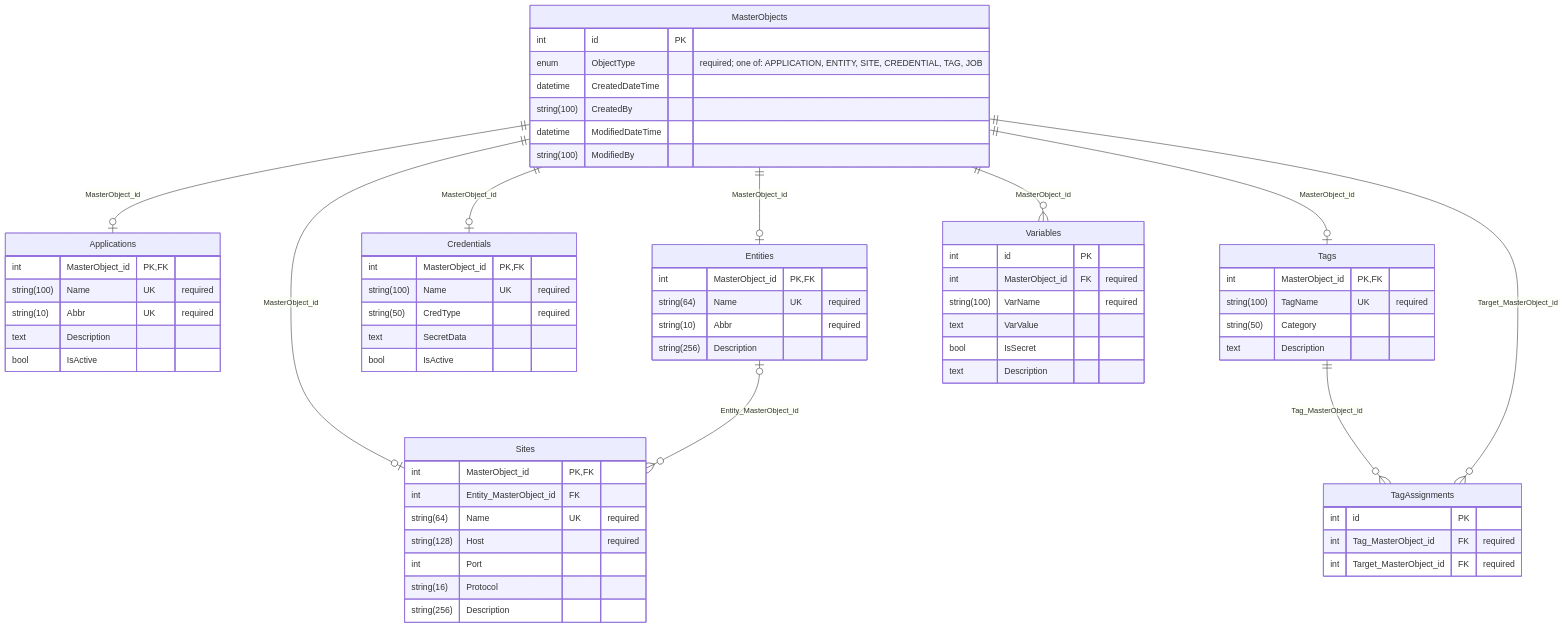
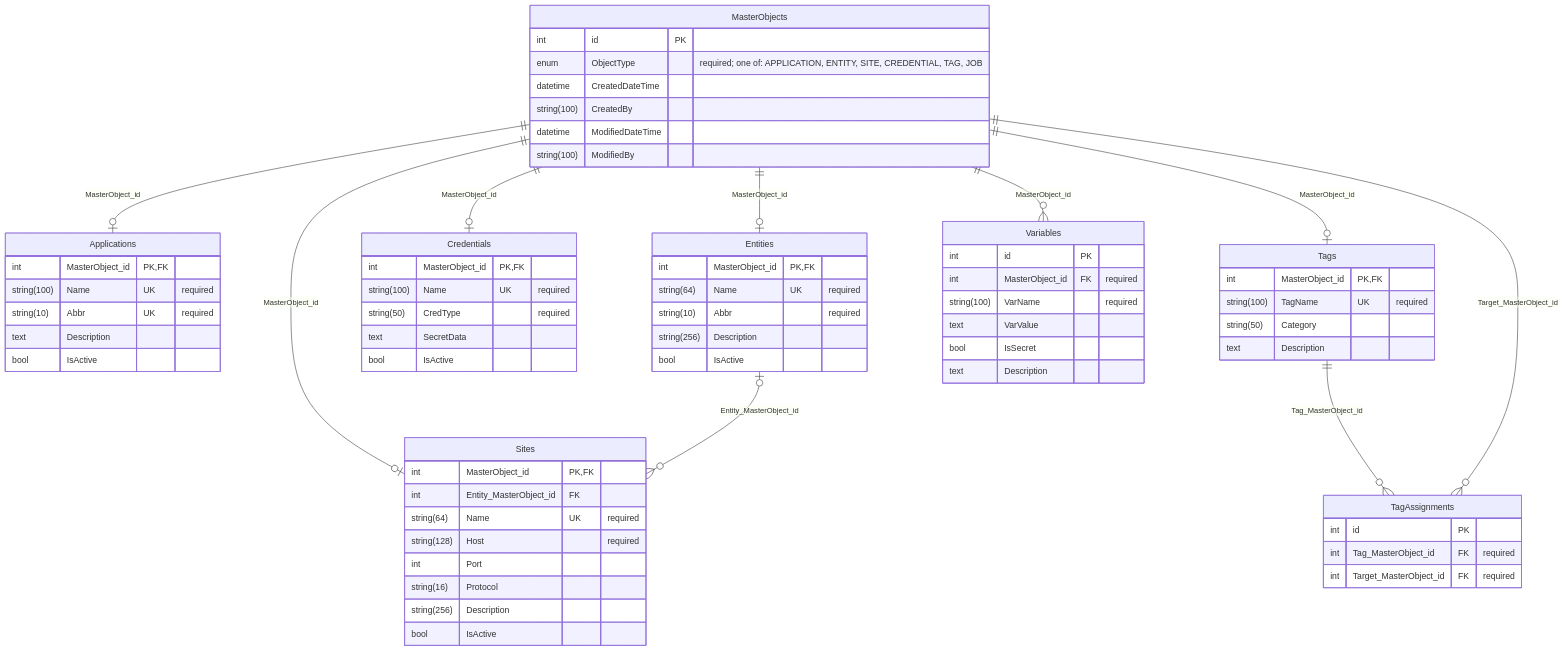
Before and after one commit to JayCBoal/AutomationApp: the second of 4 diagrams in docs/DB_SCHEMA.md, drawn with Mermaid. The commit also changed other lines of this file and 37 other files, not shown here.

````diff
--- a/docs/DB_SCHEMA.md
+++ b/docs/DB_SCHEMA.md
@@ -43,68 +45,70 @@
 ```mermaid
 erDiagram
     MasterObjects {
         int id PK
         enum ObjectType "required; one of: APPLICATION, ENTITY, SITE, CREDENTIAL, TAG, JOB"
         datetime CreatedDateTime
         string(100) CreatedBy
         datetime ModifiedDateTime
         string(100) ModifiedBy
     }
     Applications {
         int MasterObject_id PK, FK
         string(100) Name UK "required"
         string(10) Abbr UK "required"
         text Description
         bool IsActive
     }
     Entities {
         int MasterObject_id PK, FK
         string(64) Name UK "required"
         string(10) Abbr "required"
         string(256) Description
+        bool IsActive
     }
     Sites {
         int MasterObject_id PK, FK
         int Entity_MasterObject_id FK
         string(64) Name UK "required"
         string(128) Host "required"
         int Port
         string(16) Protocol
         string(256) Description
+        bool IsActive
     }
     Credentials {
         int MasterObject_id PK, FK
         string(100) Name UK "required"
         string(50) CredType "required"
         text SecretData
         bool IsActive
     }
     Tags {
         int MasterObject_id PK, FK
         string(100) TagName UK "required"
         string(50) Category
         text Description
     }
     Variables {
         int id PK
         int MasterObject_id FK "required"
         string(100) VarName "required"
         text VarValue
         bool IsSecret
         text Description
     }
     TagAssignments {
         int id PK
         int Tag_MasterObject_id FK "required"
         int Target_MasterObject_id FK "required"
     }
     MasterObjects ||--o| Applications : "MasterObject_id"
     MasterObjects ||--o| Credentials : "MasterObject_id"
     MasterObjects ||--o| Entities : "MasterObject_id"
     MasterObjects ||--o| Tags : "MasterObject_id"
     MasterObjects ||--o{ Variables : "MasterObject_id"
     MasterObjects ||--o| Sites : "MasterObject_id"
     Entities |o--o{ Sites : "Entity_MasterObject_id"
     Tags ||--o{ TagAssignments : "Tag_MasterObject_id"
     MasterObjects ||--o{ TagAssignments : "Target_MasterObject_id"
 ```
````
